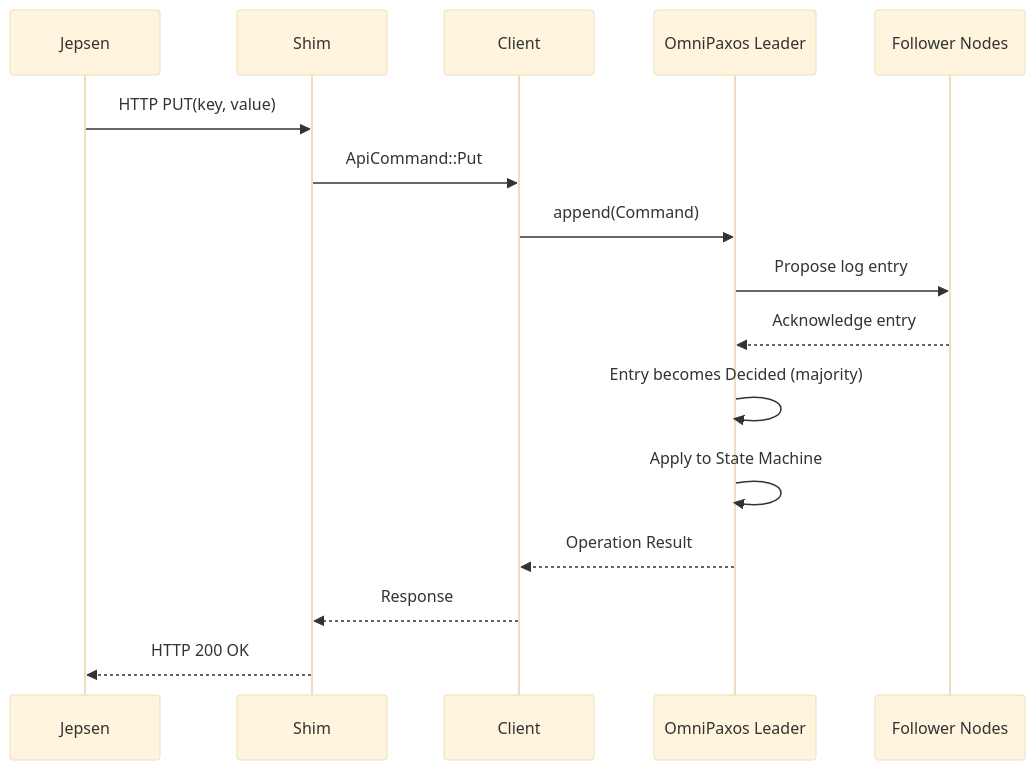
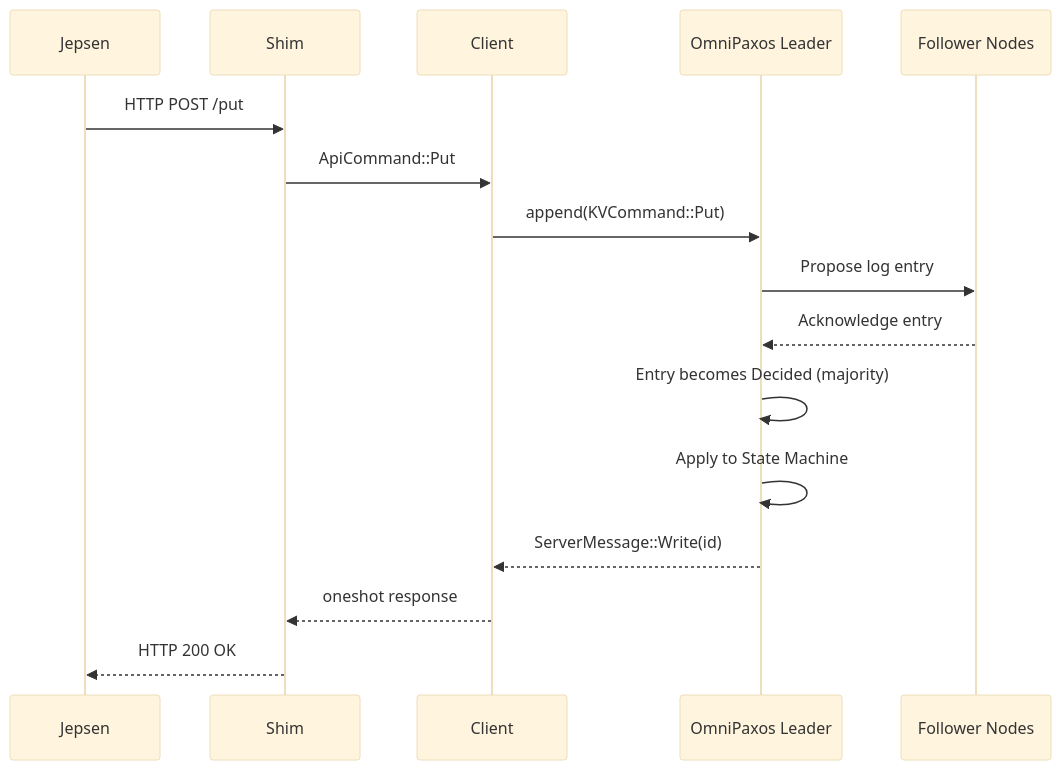
One commit to tattack99/ID2203-project changed the second of 3 diagrams in Report/report.md. Above: the diagram before and after it, drawn with Mermaid (base theme). The commit also changed other lines of this file and 1 other file, not shown here.

````diff
--- a/Report/report.md
+++ b/Report/report.md
@@ -87,22 +92,22 @@
 ```mermaid
 sequenceDiagram
     participant J as Jepsen
     participant S as Shim
     participant C as Client
     participant O as OmniPaxos Leader
     participant P as Follower Nodes
 
-    J->>S: HTTP PUT(key, value)
+    J->>S: HTTP POST /put
     S->>C: ApiCommand::Put
-    C->>O: append(Command)
+    C->>O: append(KVCommand::Put)
 
     O->>P: Propose log entry
     P-->>O: Acknowledge entry
 
     O->>O: Entry becomes Decided (majority)
     O->>O: Apply to State Machine
 
-    O-->>C: Operation Result
-    C-->>S: Response
+    O-->>C: ServerMessage::Write(id)
+    C-->>S: oneshot response
     S-->>J: HTTP 200 OK
 ```
````
